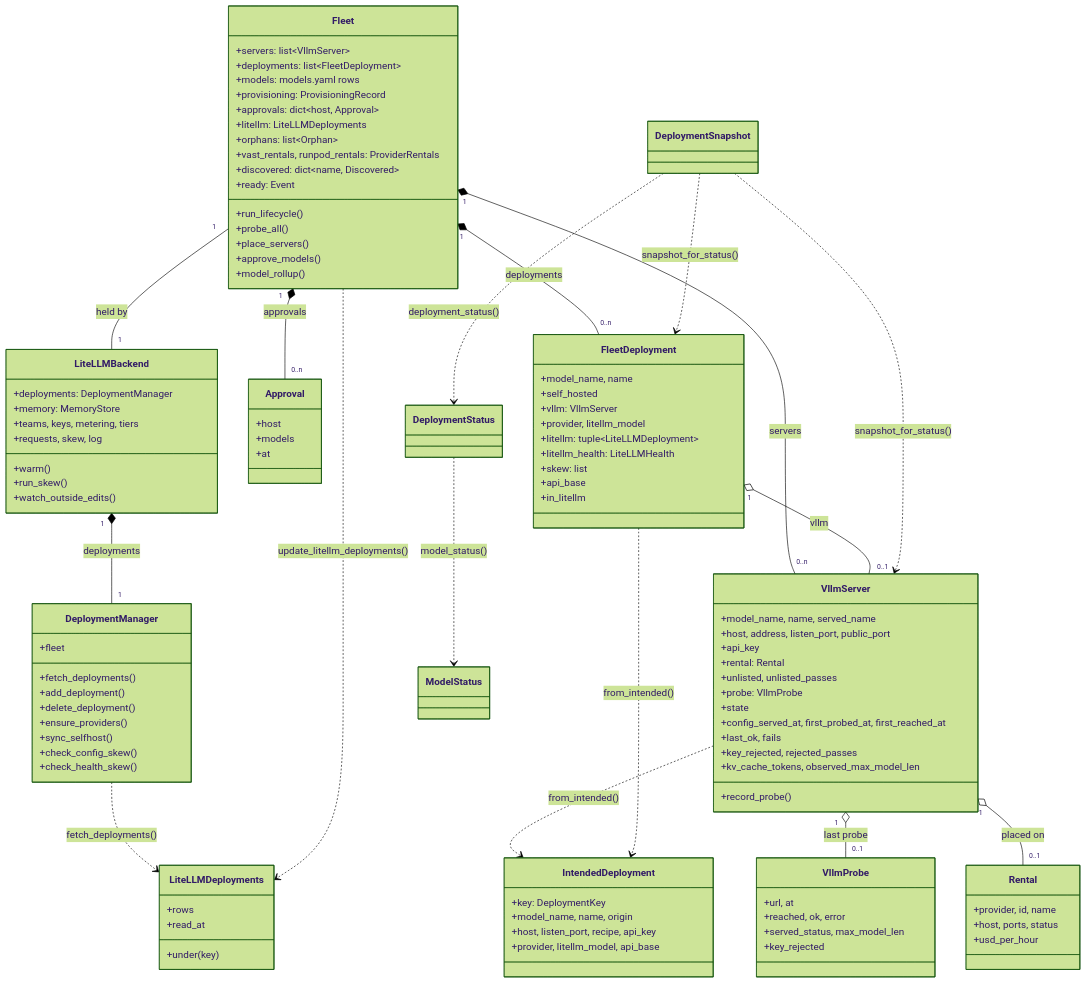
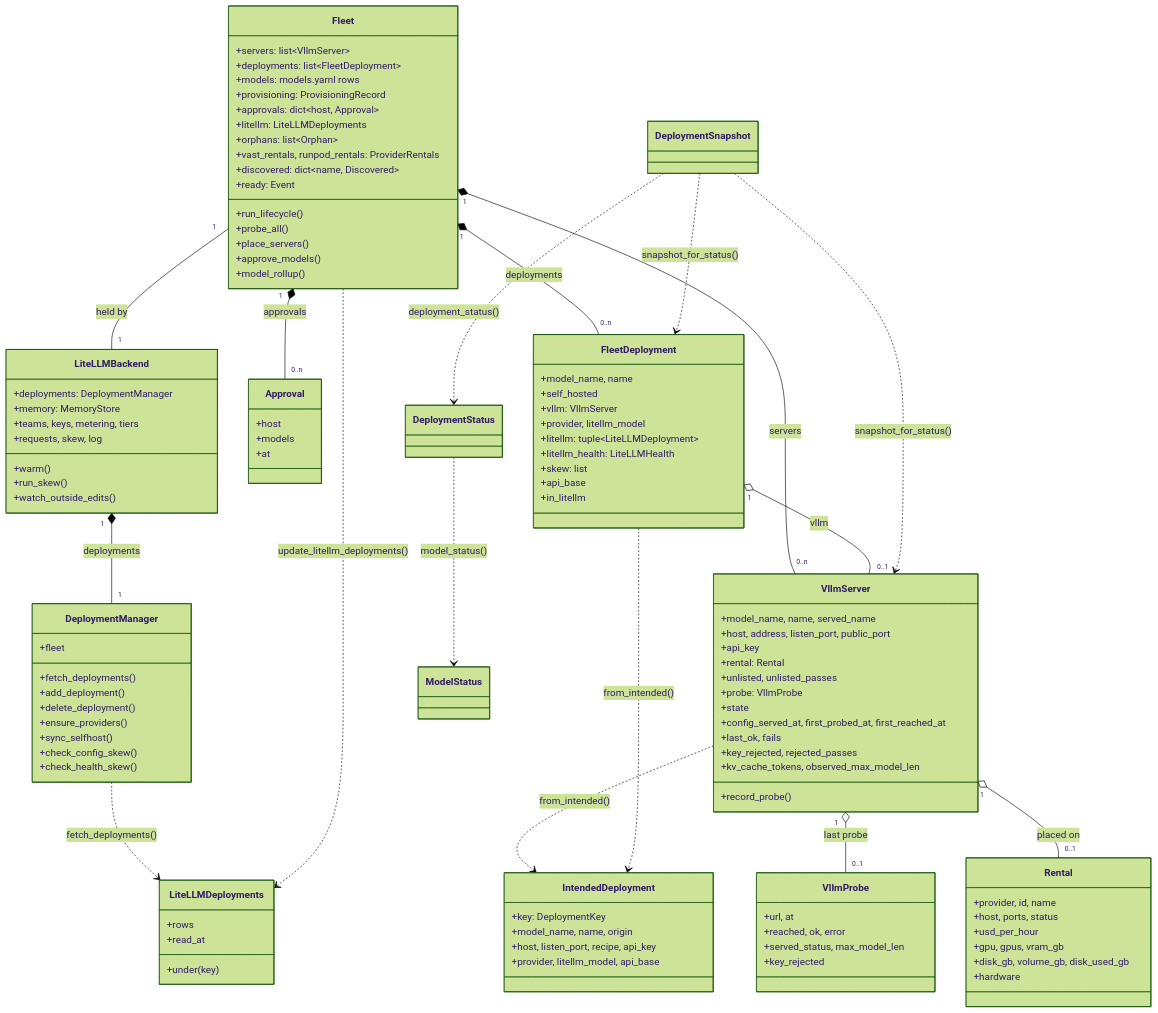
Before and after one commit to apache/tooling-llmao: the third of 4 diagrams in docs/ARCHITECTURE.md, drawn with Mermaid (forest theme). The commit also changed 5 other files, not shown here.

First line of the commit message:
rental: the machine's card, VRAM and disk, as the provider lists them

```diff
--- a/docs/ARCHITECTURE.md
+++ b/docs/ARCHITECTURE.md
@@ -476,6 +476,9 @@
     +provider, id, name
     +host, ports, status
     +usd_per_hour
+    +gpu, gpus, vram_gb
+    +disk_gb, volume_gb, disk_used_gb
+    +hardware
   }
   class VllmProbe {
     +url, at
```
